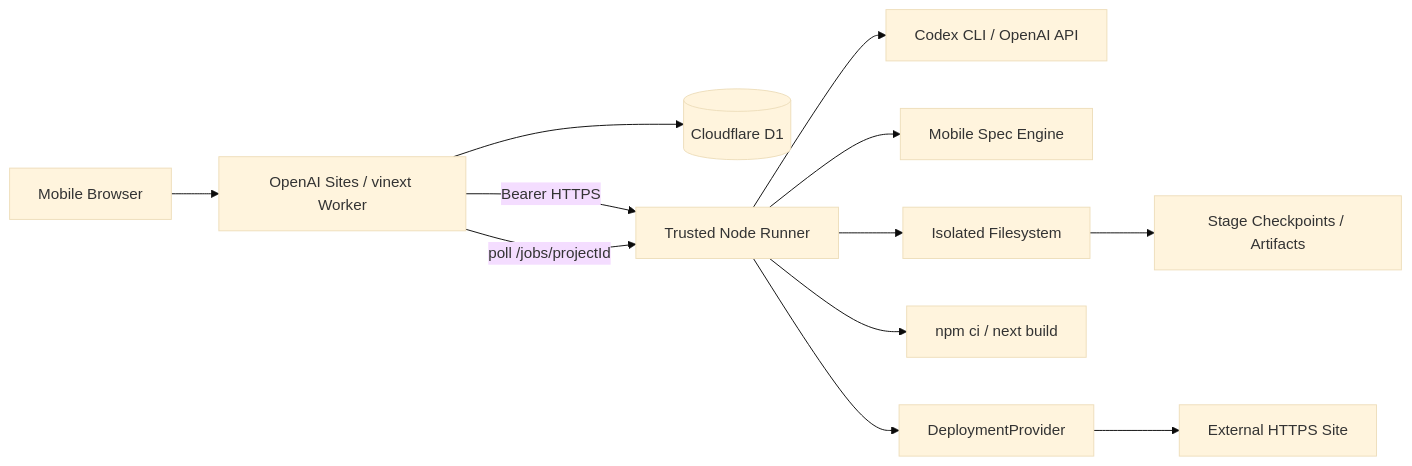
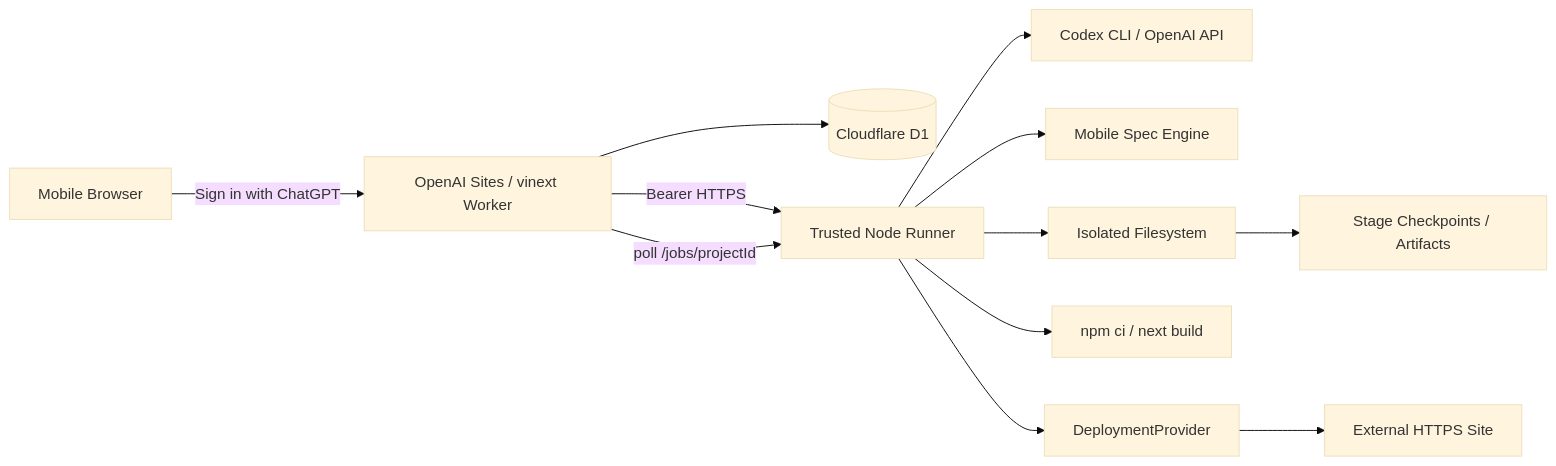
The first of 2 diagrams in docs/总体技术方案.md (JonasQiu/mobile-app-build), drawn with Mermaid (base theme) before and after one commit. The commit also changed other lines of this file and 22 other files, not shown here.

Commit message:
feat: add ChatGPT multi-user access

````diff
--- a/docs/总体技术方案.md
+++ b/docs/总体技术方案.md
@@ -5,14 +5,14 @@
 ```mermaid
 flowchart LR
-  U[Mobile Browser] --> S[OpenAI Sites / vinext Worker]
+  U[Mobile Browser] -->|Sign in with ChatGPT| S[OpenAI Sites / vinext Worker]
   S --> D[(Cloudflare D1)]
   S -->|Bearer HTTPS| R[Trusted Node Runner]
   R --> C[Codex CLI / OpenAI API]
   R --> M[Mobile Spec Engine]
   R --> F[Isolated Filesystem]
   F --> K[Stage Checkpoints / Artifacts]
   R --> B[npm ci / next build]
   R --> P[DeploymentProvider]
   P --> H[External HTTPS Site]
   S -->|poll /jobs/projectId| R
 ```
````
